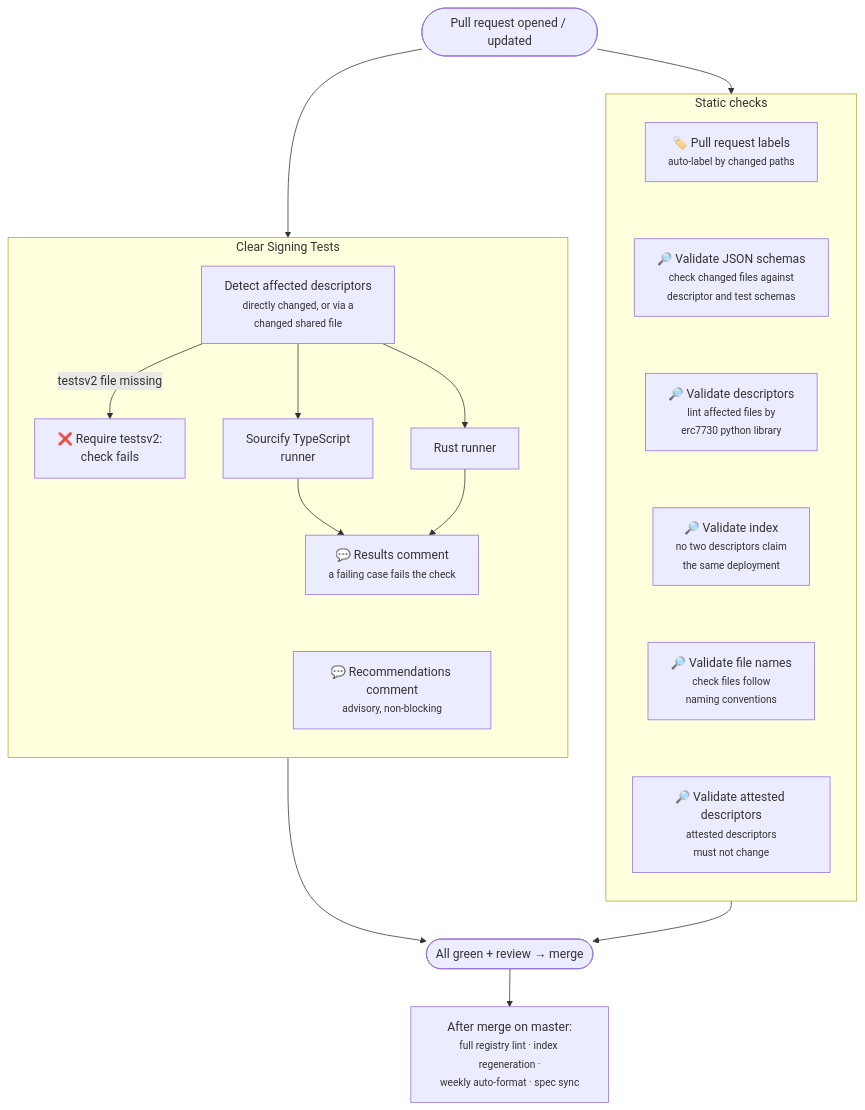
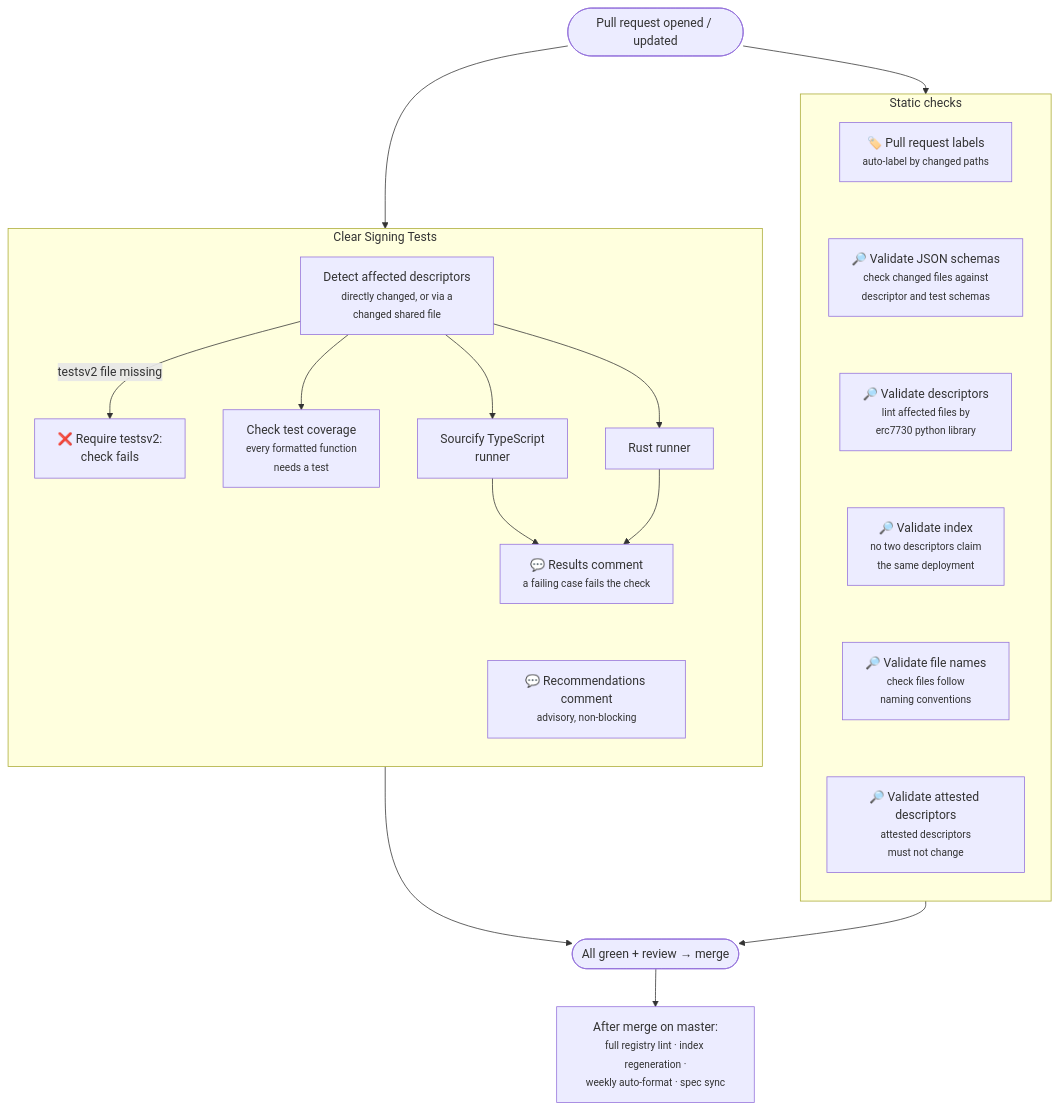
The diagram in docs/registry/ci-checks.md (sourcifyeth/clear-signing-docs), drawn with Mermaid before and after one commit. The commit also changed other lines of this file and 1 other file, not shown here.

First line of the commit message:
Document the test coverage check

````diff
--- a/docs/registry/ci-checks.md
+++ b/docs/registry/ci-checks.md
@@ -12,32 +12,33 @@
 ```mermaid
 flowchart TD
     PR([Pull request opened / updated])
 
     subgraph static ["Static checks"]
         direction TB
         LBL["🏷️ Pull request labels<br/><small>auto-label by changed paths</small>"]
         SCHEMA["🔎 Validate JSON schemas<br/><small>check changed files against<br/>descriptor and test schemas</small>"]
         DESC["🔎 Validate descriptors<br/><small>lint affected files by<br/>erc7730 python library</small>"]
         IDX["🔎 Validate index<br/><small>no two descriptors claim<br/>the same deployment</small>"]
         NAMES["🔎 Validate file names<br/><small>check files follow<br/>naming conventions</small>"]
         ATT["🔎 Validate attested descriptors<br/><small>attested descriptors<br/>must not change</small>"]
         LBL ~~~ SCHEMA ~~~ DESC ~~~ IDX ~~~ NAMES ~~~ ATT
     end
 
     subgraph tests ["Clear Signing Tests"]
         direction TB
         DETECT["Detect affected descriptors<br/><small>directly changed, or via a<br/>changed shared file</small>"]
         DETECT -- "testsv2 file missing" --> MISSING["❌ Require testsv2:<br/>check fails"]
+        DETECT --> COV["Check test coverage<br/><small>every formatted function<br/>needs a test</small>"]
         DETECT --> RUNTS["Sourcify TypeScript<br/>runner"]
         DETECT --> RUNRS["Rust runner"]
         RUNTS --> RESULTS["💬 Results comment<br/><small>a failing case fails the check</small>"]
         RUNRS --> RESULTS
         RESULTS ~~~ REC["💬 Recommendations comment<br/><small>advisory, non-blocking</small>"]
     end
 
     PR --> LBL
     PR --> DETECT
     RESULTS --> MERGE([All green + review → merge])
     static --> MERGE
     MERGE --> POST["After merge on master:<br/><small>full registry lint · index regeneration ·<br/>weekly auto-format · spec sync</small>"]
 ```
````
